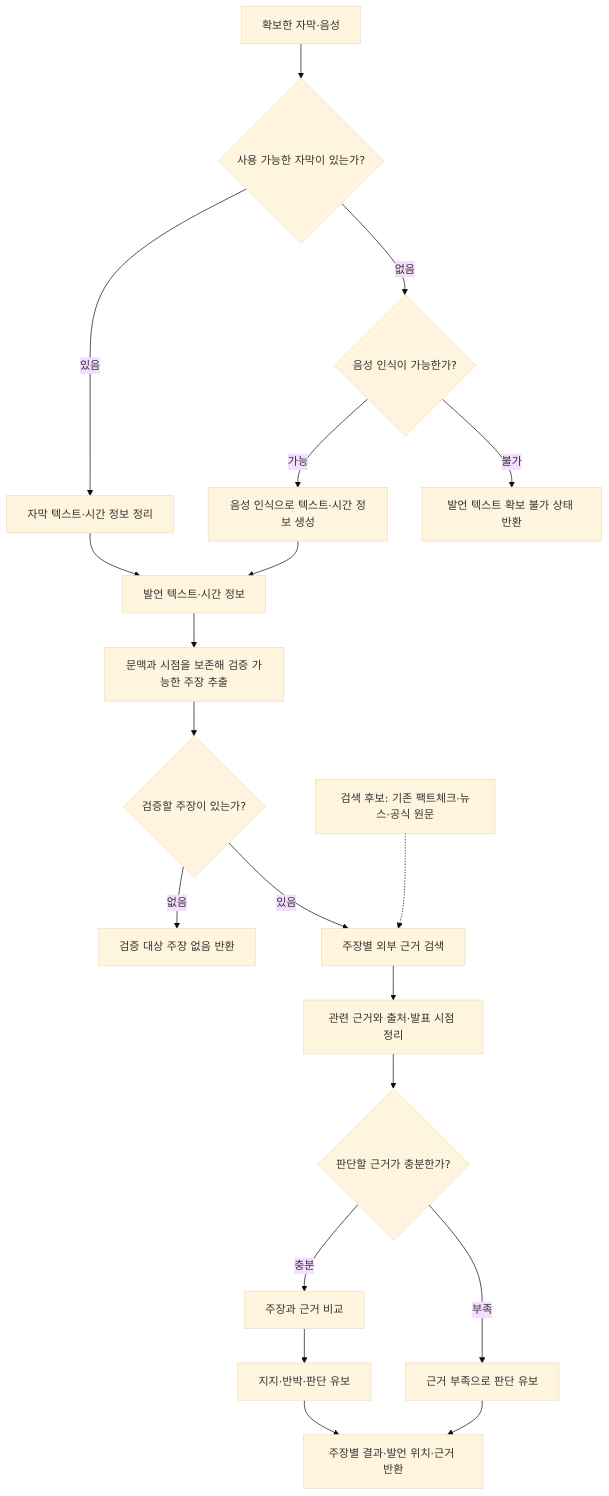
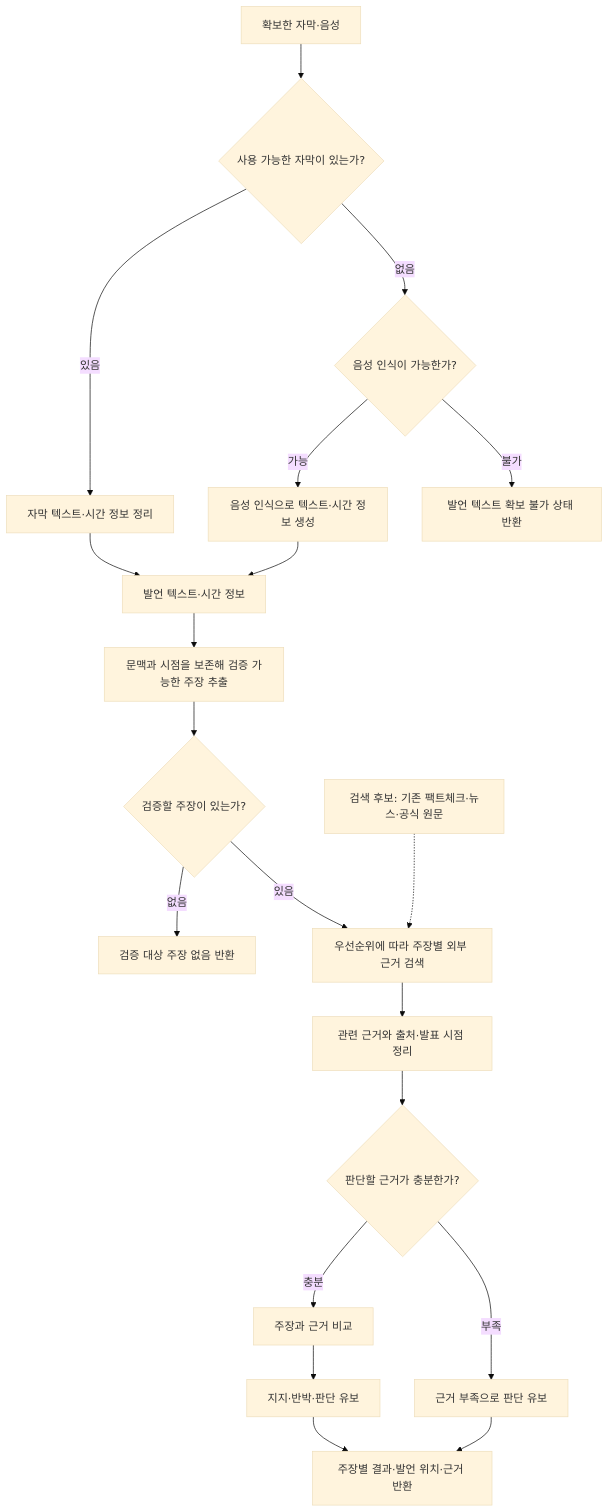
The third of 3 diagrams in design/ai-pipeline.md (Dynamic-Juo/docs), drawn with Mermaid (base theme) before and after one commit. The commit also changed other lines of this file and 2 other files, not shown here.

````diff
--- a/design/ai-pipeline.md
+++ b/design/ai-pipeline.md
@@ -57,22 +57,22 @@
 ```mermaid
 flowchart TD
     DATA["확보한 자막·음성"] --> SUB{"사용 가능한 자막이 있는가?"}
     SUB -->|있음| NORMALIZE["자막 텍스트·시간 정보 정리"]
     SUB -->|없음| AUDIO{"음성 인식이 가능한가?"}
     AUDIO -->|가능| STT["음성 인식으로 텍스트·시간 정보 생성"]
     AUDIO -->|불가| FAIL["발언 텍스트 확보 불가 상태 반환"]
     NORMALIZE --> TRANSCRIPT["발언 텍스트·시간 정보"]
     STT --> TRANSCRIPT
     TRANSCRIPT --> EXTRACT["문맥과 시점을 보존해 검증 가능한 주장 추출"]
     EXTRACT --> CLAIMS{"검증할 주장이 있는가?"}
     CLAIMS -->|없음| EMPTY["검증 대상 주장 없음 반환"]
-    CLAIMS -->|있음| SEARCH["주장별 외부 근거 검색"]
+    CLAIMS -->|있음| SEARCH["우선순위에 따라 주장별 외부 근거 검색"]
     SOURCES["검색 후보: 기존 팩트체크·뉴스·공식 원문"] -.-> SEARCH
     SEARCH --> EVIDENCE["관련 근거와 출처·발표 시점 정리"]
     EVIDENCE --> ENOUGH{"판단할 근거가 충분한가?"}
     ENOUGH -->|부족| UNKNOWN["근거 부족으로 판단 유보"]
     ENOUGH -->|충분| VERIFY["주장과 근거 비교"]
     VERIFY --> VERDICT["지지·반박·판단 유보"]
     VERDICT --> RESULT["주장별 결과·발언 위치·근거 반환"]
     UNKNOWN --> RESULT
 ```
````
